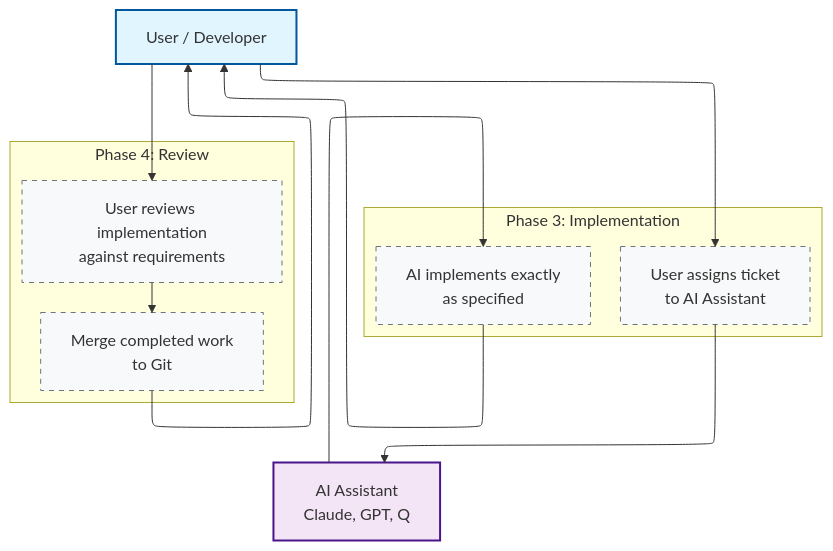
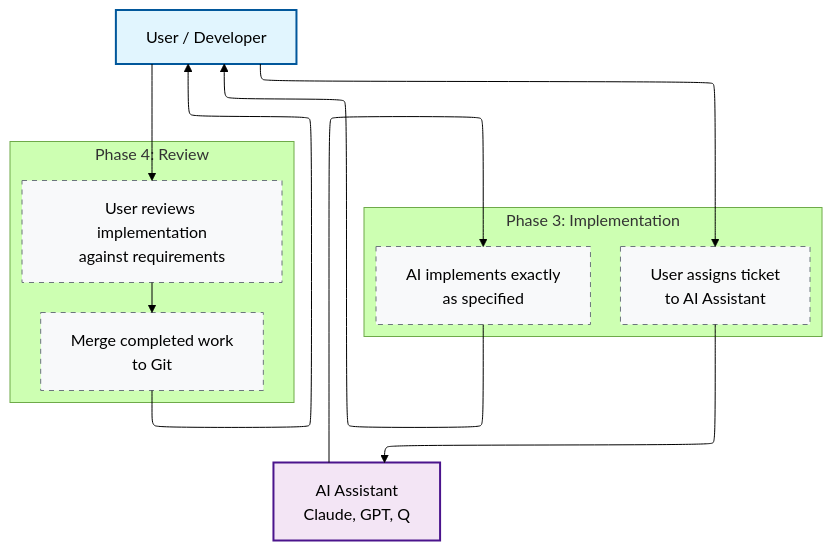
One commit to andkirby/markdown-ticket changed the second of 2 diagrams in README.md. Above: the diagram before and after it, drawn with Mermaid. The commit also changed other lines of this file, not shown here.

First line of the commit message:
Change mermaid diagram theme to 'forest'

````diff
--- a/README.md
+++ b/README.md
@@ -106,34 +106,35 @@
 ```mermaid
 ---
 config:
   layout: elk
+  theme: forest
 ---
 flowchart TD
     User[User / Developer]
     LLM[AI Assistant<br/>Claude, GPT, Q]
 
     subgraph "Phase 3: Implementation"
         C1[User assigns ticket<br/>to AI Assistant]
         C2[AI implements exactly<br/>as specified]
     end
 
     subgraph "Phase 4: Review"
         D1[User reviews implementation<br/>against requirements]
         D2[Merge completed work<br/>to Git]
     end
 
     User --> C1
     C1 --> LLM
     LLM --> C2
     C2 --> User
 
     User --> D1
     D1 --> D2
     D2 --> User
 
     style User fill:#e1f5fe,stroke:#01579b,stroke-width:2px
     style LLM fill:#f3e5f5,stroke:#4a148c,stroke-width:2px
 
     classDef phaseBox fill:#f8f9fa,stroke:#6c757d,stroke-width:1px,stroke-dasharray: 5 5
     class C1,C2,D1,D2 phaseBox
 ```
````
